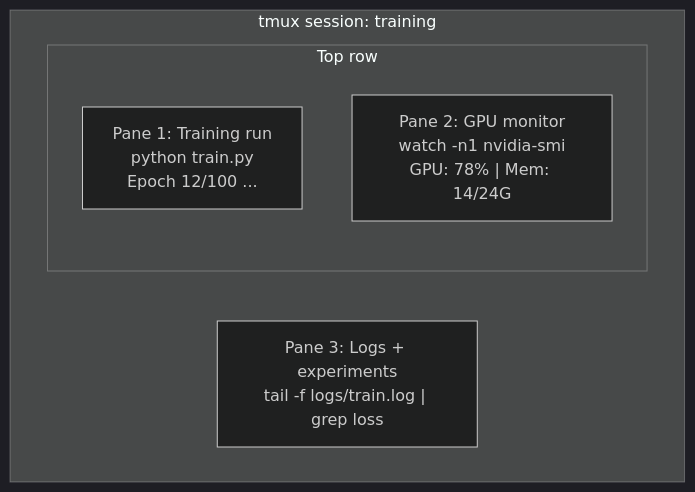
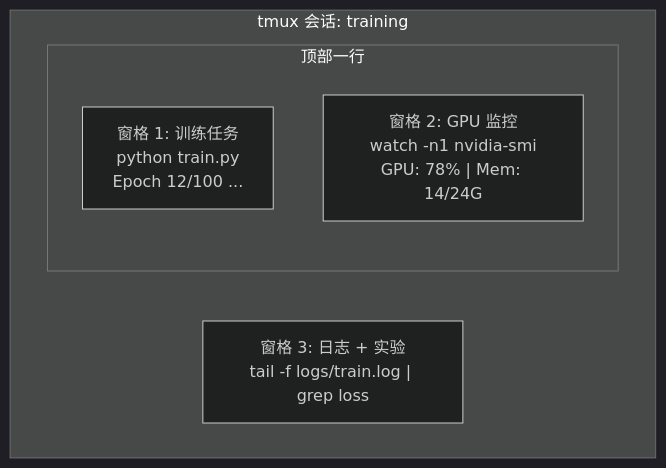
Before and after one commit to JerryC8080/ai-engineering-from-scratch-zh: the diagram in phases/00-setup-and-tooling/10-terminal-and-shell/docs/zh.md, drawn with Mermaid (dark theme). The commit also changed 156 other files, not shown here.

First line of the commit message:
i18n(zh): translate mermaid diagram labels in 157 lesson zh.md

````diff
--- a/phases/00-setup-and-tooling/10-terminal-and-shell/docs/zh.md
+++ b/phases/00-setup-and-tooling/10-terminal-and-shell/docs/zh.md
@@ -27,10 +27,10 @@
 ```mermaid
 graph TD
-    subgraph tmux["tmux session: training"]
-        subgraph top["Top row"]
-            P1["Pane 1: Training run<br/>python train.py<br/>Epoch 12/100 ..."]
-            P2["Pane 2: GPU monitor<br/>watch -n1 nvidia-smi<br/>GPU: 78% | Mem: 14/24G"]
+    subgraph tmux["tmux 会话: training"]
+        subgraph top["顶部一行"]
+            P1["窗格 1: 训练任务<br/>python train.py<br/>Epoch 12/100 ..."]
+            P2["窗格 2: GPU 监控<br/>watch -n1 nvidia-smi<br/>GPU: 78% | Mem: 14/24G"]
         end
-        P3["Pane 3: Logs + experiments<br/>tail -f logs/train.log | grep loss"]
+        P3["窗格 3: 日志 + 实验<br/>tail -f logs/train.log | grep loss"]
     end
 ```
````
